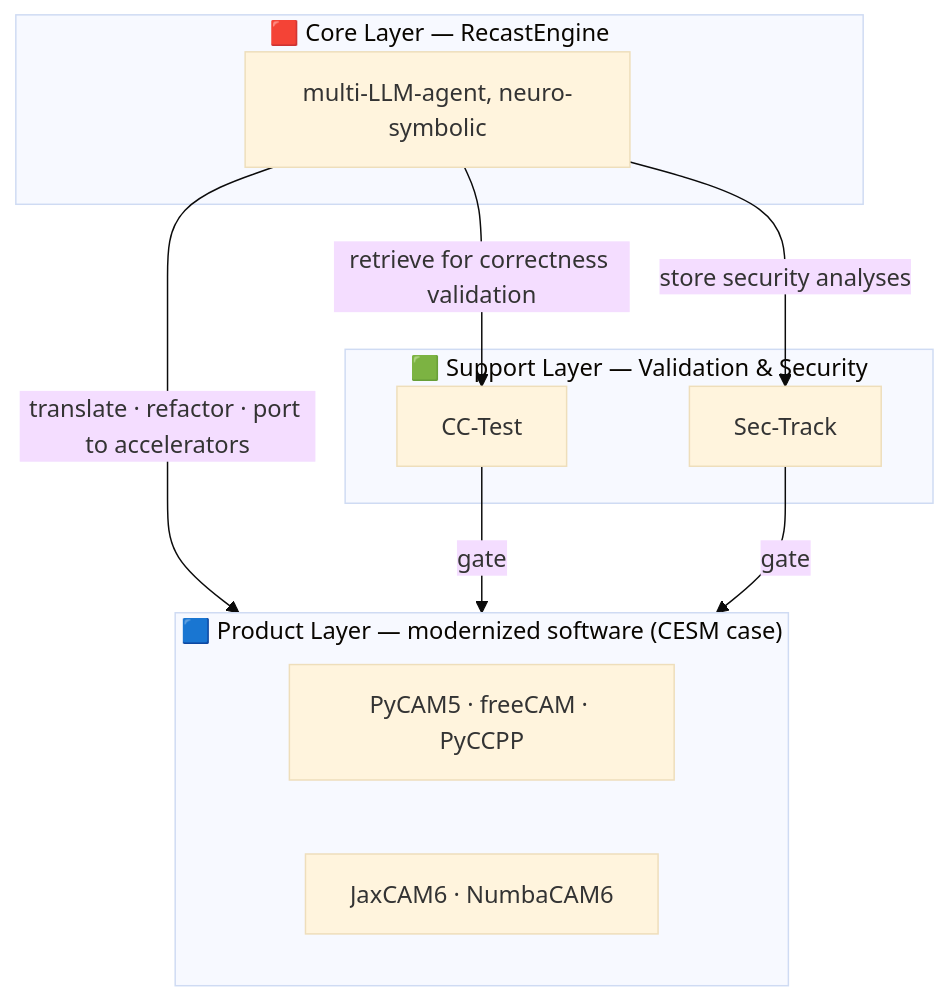
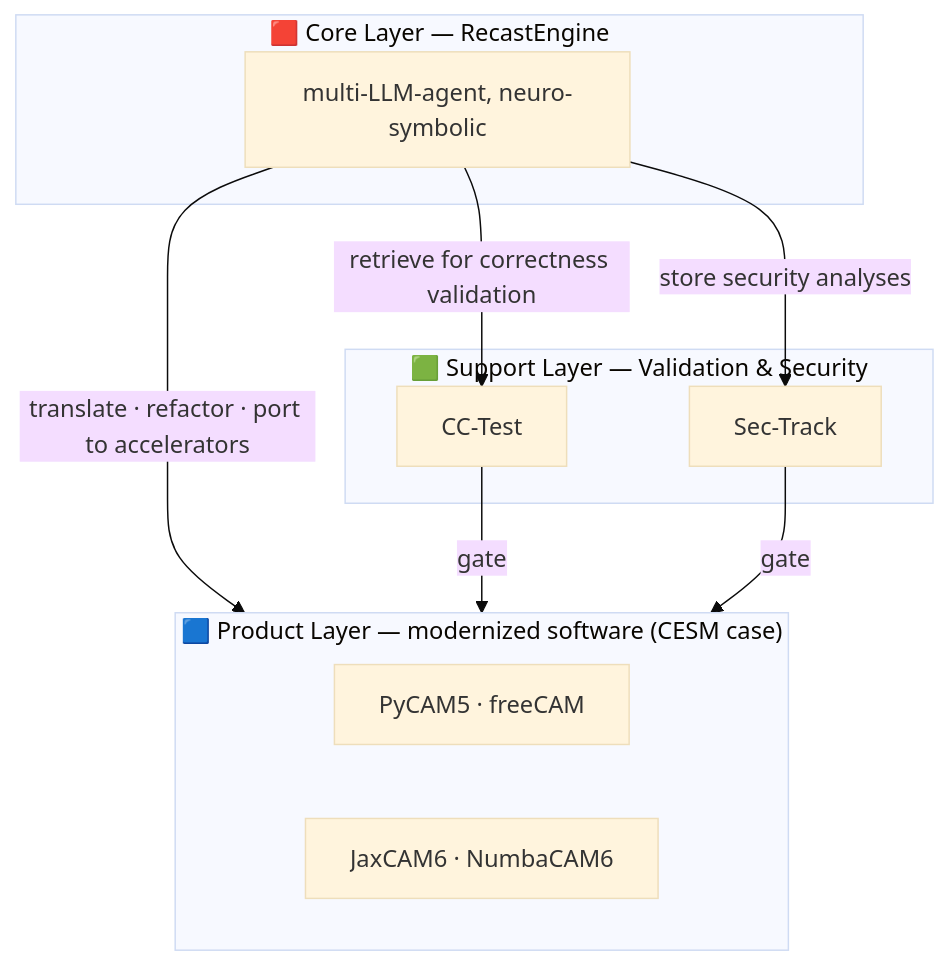
One commit to a85tract/SciRecast changed the diagram in index.md. Above: the diagram before and after it, drawn with Mermaid (base theme). The commit also changed other lines of this file and 14 other files, not shown here.

````diff
--- a/index.md
+++ b/index.md
@@ -28,20 +28,20 @@
 ```mermaid
 flowchart TB
     subgraph Product["🟦 Product Layer — modernized software (CESM case)"]
-        PyCAM5["PyCAM5 · freeCAM · PyCCPP"]
+        PyCAM5["PyCAM5 · freeCAM"]
         JaxCAM6["JaxCAM6 · NumbaCAM6"]
     end
     subgraph Support["🟩 Support Layer — Validation &amp; Security"]
         CCTest["CC-Test"]
         SecTrack["Sec-Track"]
     end
     subgraph Core["🟥 Core Layer — RecastEngine"]
         Engine["multi-LLM-agent, neuro-symbolic"]
     end
 
     Engine -- "translate · refactor · port to accelerators" --> Product
     Engine -- "retrieve for correctness validation" --> CCTest
     Engine -- "store security analyses" --> SecTrack
     CCTest -- "gate" --> Product
     SecTrack -- "gate" --> Product
 ```
````
